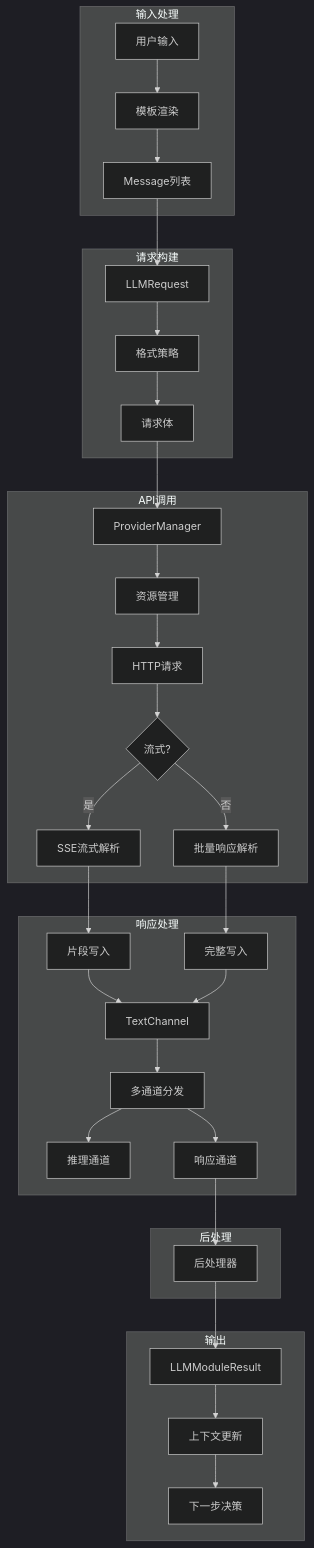
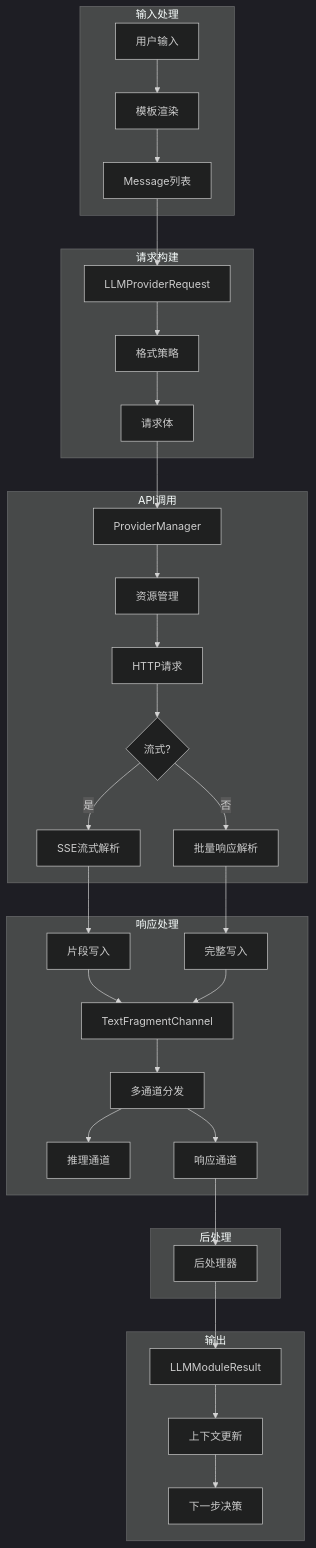
The second of 3 diagrams in docs/README.zh.md (gumblex/aitoolman), drawn with Mermaid (dark theme) before and after one commit. The commit also changed other lines of this file and 28 other files, not shown here.

````diff
--- a/docs/README.zh.md
+++ b/docs/README.zh.md
@@ -94,46 +94,46 @@
 ```mermaid
 flowchart TD
     subgraph "输入处理"
         USER[用户输入] --> TEMPLATE[模板渲染]
         TEMPLATE --> MESSAGES[Message列表]
     end
     
     subgraph "请求构建"
-        MESSAGES --> REQUEST[LLMRequest]
+        MESSAGES --> REQUEST[LLMProviderRequest]
         REQUEST --> FORMAT[格式策略]
         FORMAT --> REQ_BODY[请求体]
     end
     
     subgraph "API调用"
         REQ_BODY --> PROVIDER[ProviderManager]
         PROVIDER --> RESOURCE[资源管理]
         RESOURCE --> HTTP[HTTP请求]
         HTTP --> STREAM{流式?}
         
         STREAM -->|是| SSE[SSE流式解析]
         STREAM -->|否| BATCH[批量响应解析]
     end
     
     subgraph "响应处理"
         SSE --> FRAGMENT[片段写入]
         BATCH --> FULL[完整写入]
         
-        FRAGMENT --> CHANNEL[TextChannel]
+        FRAGMENT --> CHANNEL[TextFragmentChannel]
         FULL --> CHANNEL
         
         CHANNEL --> MULTI_CHANNEL[多通道分发]
         
         MULTI_CHANNEL --> REASONING[推理通道]
         MULTI_CHANNEL --> RESPONSE[响应通道]
     end
     
     subgraph "后处理"
         RESPONSE --> POSTPROCESS[后处理器]
     end
     
     subgraph "输出"
         POSTPROCESS --> RESULT[LLMModuleResult]
         RESULT --> CONTEXT[上下文更新]
         CONTEXT --> NEXT[下一步决策]
     end
 ```
````
